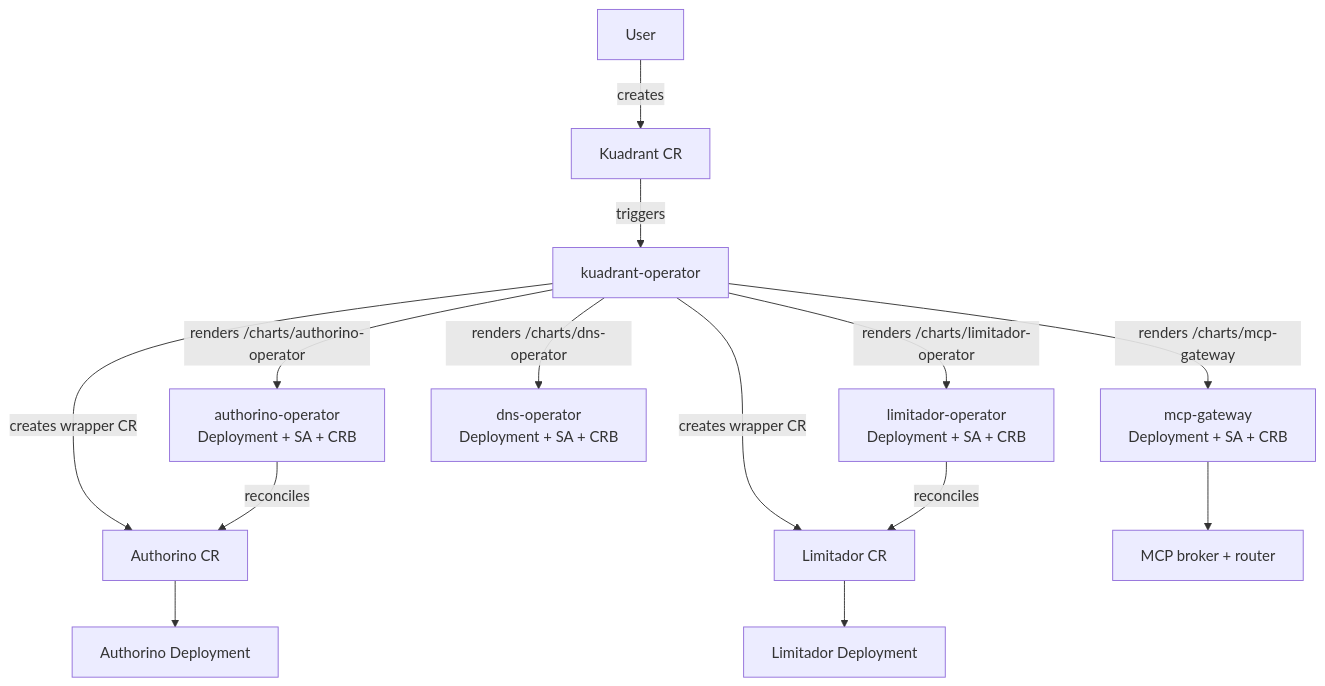
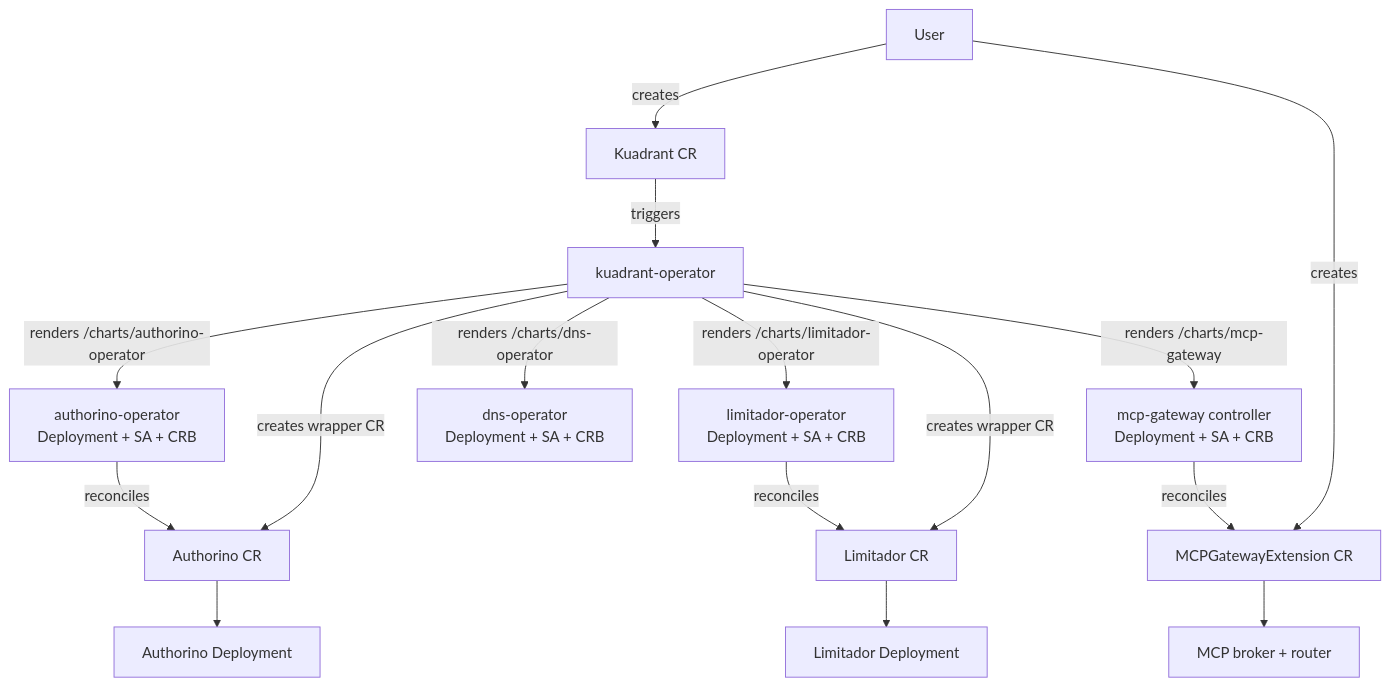
One commit to Kuadrant/architecture changed the fourth of 6 diagrams in rfcs/0019-olmv1-operator-consolidation/architecture-diagrams.md. Above: the diagram before and after it, drawn with Mermaid. The commit also changed other lines of this file and 1 other file, not shown here.

````diff
--- a/rfcs/0019-olmv1-operator-consolidation/architecture-diagrams.md
+++ b/rfcs/0019-olmv1-operator-consolidation/architecture-diagrams.md
@@ -100,19 +100,21 @@
 ```mermaid
 graph TB
     USER["User"] -->|"creates"| KCR["Kuadrant CR"]
+    USER -->|"creates"| MGCR["MCPGatewayExtension CR"]
     KCR -->|"triggers"| KOP["kuadrant-operator"]
 
     KOP -->|"renders /charts/authorino-operator"| AO["authorino-operator<br/>Deployment + SA + CRB"]
     KOP -->|"renders /charts/limitador-operator"| LO["limitador-operator<br/>Deployment + SA + CRB"]
     KOP -->|"renders /charts/dns-operator"| DO["dns-operator<br/>Deployment + SA + CRB"]
-    KOP -->|"renders /charts/mcp-gateway"| MG["mcp-gateway<br/>Deployment + SA + CRB"]
+    KOP -->|"renders /charts/mcp-gateway"| MG["mcp-gateway controller<br/>Deployment + SA + CRB"]
     KOP -->|"creates wrapper CR"| ACR["Authorino CR"]
     KOP -->|"creates wrapper CR"| LCR["Limitador CR"]
 
     AO -->|"reconciles"| ACR
     LO -->|"reconciles"| LCR
+    MG -->|"reconciles"| MGCR
 
     ACR --> AW["Authorino Deployment"]
     LCR --> LW["Limitador Deployment"]
-    MG --> MGW["MCP broker + router"]
+    MGCR --> MGW["MCP broker + router"]
 ```
````
